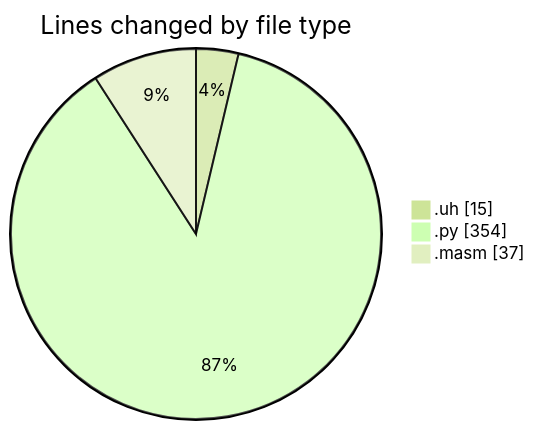
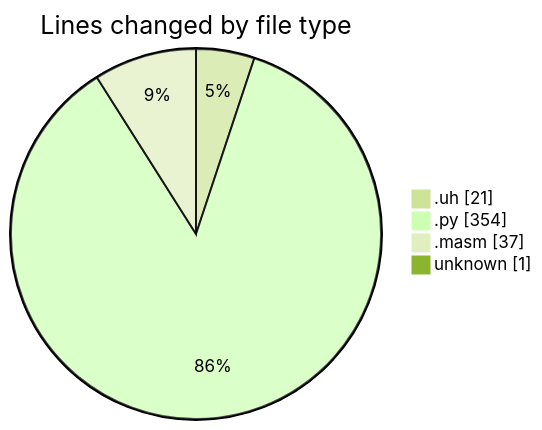
Before and after one commit to charlie-sans/code-tracking: the first of 2 diagrams in 2025-04-29/uhigh-lang/README.md, drawn with Mermaid (forest theme). The commit also changed other lines of this file and 1 other file, not shown here.

````diff
--- a/2025-04-29/uhigh-lang/README.md
+++ b/2025-04-29/uhigh-lang/README.md
@@ -23,7 +24,8 @@
 ```mermaid
 pie showData
 title Lines changed by file type
-".uh" : 15
+".uh" : 21
 ".py" : 354
 ".masm" : 37
+"unknown" : 1
 ```
````
